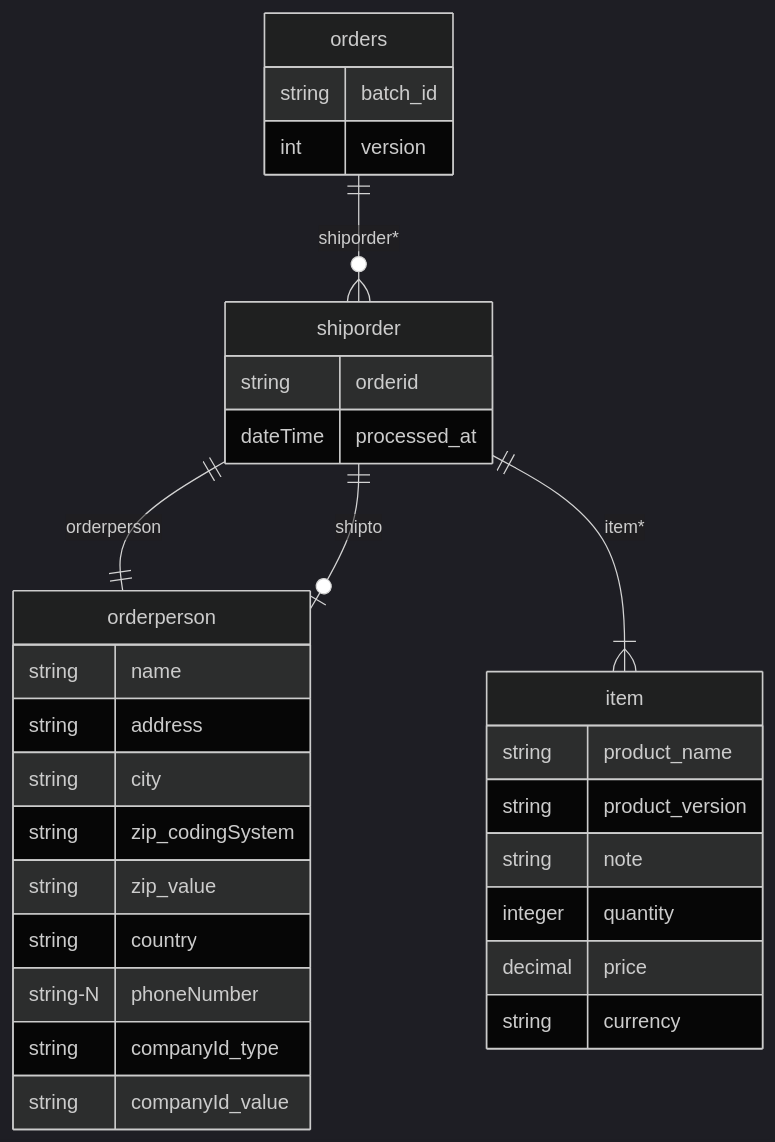
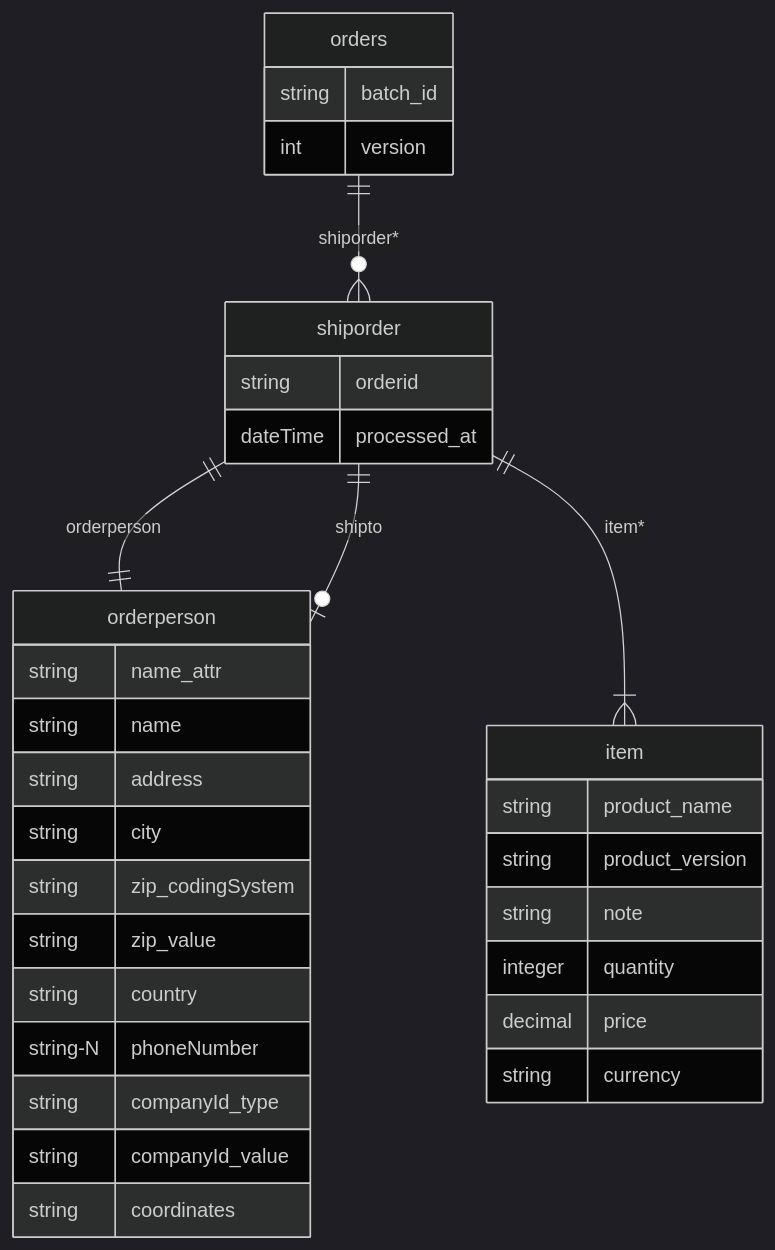
One commit to cre-dev/xml2db changed the diagram in tests/sample_models/orders/orders_erd_version0.md. Above: the diagram before and after it, drawn with Mermaid (dark theme). The commit also changed 20 other files, not shown here.

````diff
--- a/tests/sample_models/orders/orders_erd_version0.md
+++ b/tests/sample_models/orders/orders_erd_version0.md
@@ -1,34 +1,36 @@
 ```mermaid
 erDiagram
     orders ||--o{ shiporder : "shiporder*"
     orders {
         string batch_id
         int version
     }
     shiporder ||--|| orderperson : "orderperson"
     shiporder ||--o| orderperson : "shipto"
     shiporder ||--|{ item : "item*"
     shiporder {
         string orderid
         dateTime processed_at
     }
     item {
         string product_name
         string product_version
         string note
         integer quantity
         decimal price
         string currency
     }
     orderperson {
+        string name_attr
         string name
         string address
         string city
         string zip_codingSystem
         string zip_value
         string country
         string-N phoneNumber
         string companyId_type
         string companyId_value
+        string coordinates
     }
 ```
````
